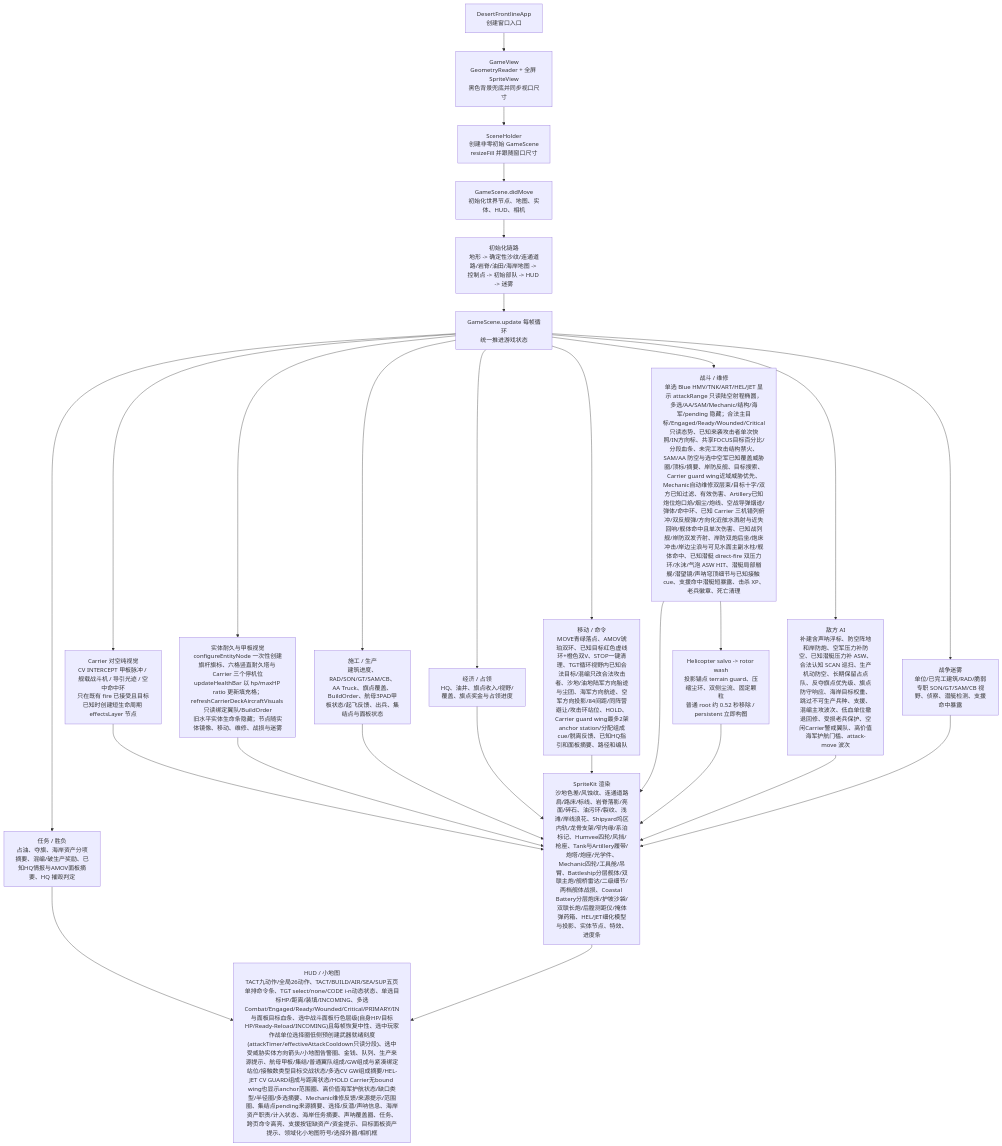
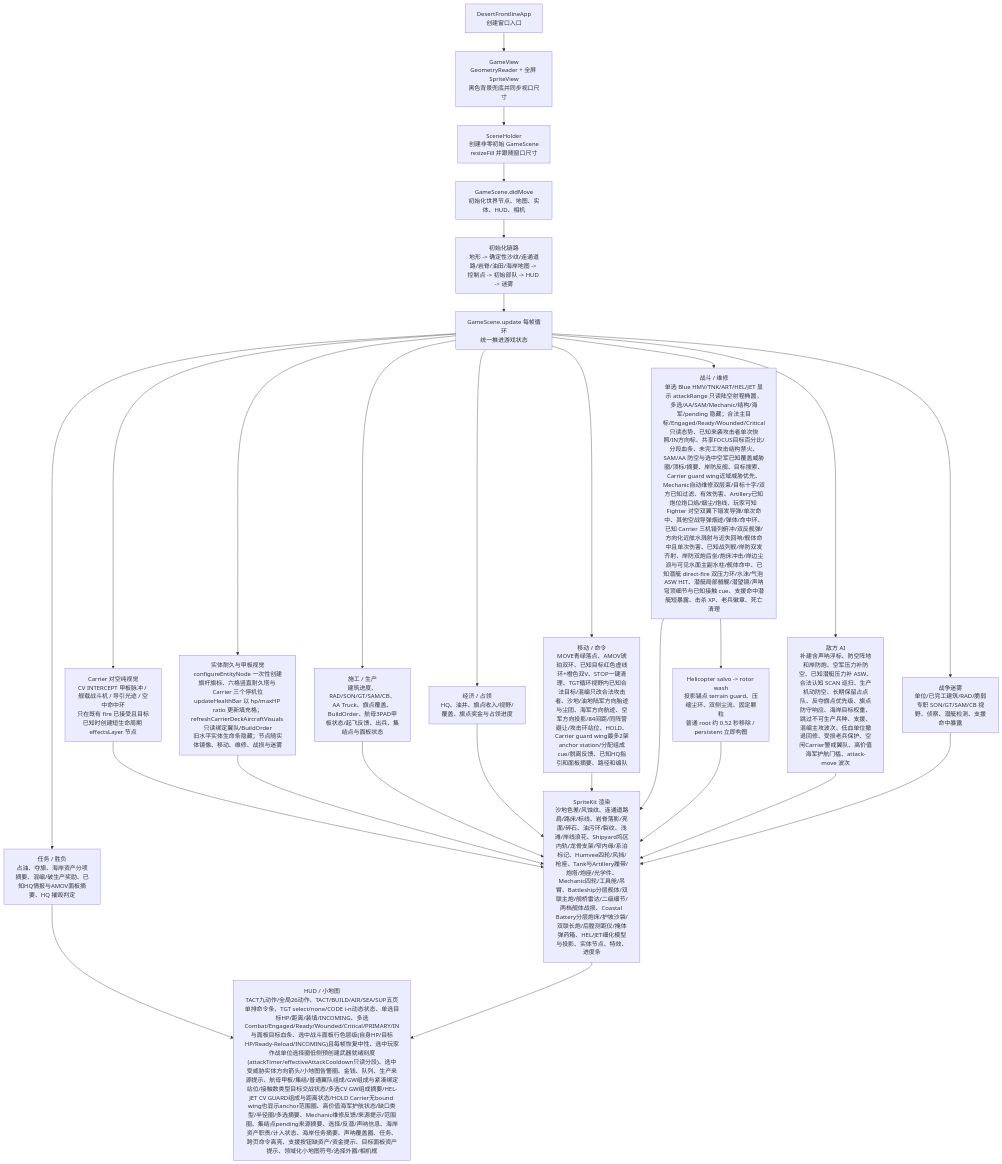
Before and after one commit to Altman-sam114/1145: the first of 3 diagrams in md/flow/flowchart.md, drawn with Mermaid. The commit also changed other lines of this file and 4 other files, not shown here.

````diff
--- a/md/flow/flowchart.md
+++ b/md/flow/flowchart.md
@@ -19,29 +21,29 @@
 ```mermaid
 flowchart TD
   App["DesertFrontlineApp\n创建窗口入口"] --> View["GameView\nGeometryReader + 全屏 SpriteView\n黑色背景兜底并同步视口尺寸"]
   View --> Holder["SceneHolder\n创建非零初始 GameScene\nresizeFill 并跟随窗口尺寸"]
   Holder --> Scene["GameScene.didMove\n初始化世界节点、地图、实体、HUD、相机"]
   Scene --> Init["初始化链路\n地形 -> 确定性沙纹/连通道路/岩脊/油田/海岸地图 -> 控制点 -> 初始部队 -> HUD -> 迷雾"]
   Init --> Loop["GameScene.update 每帧循环\n统一推进游戏状态"]
   Loop --> Build["施工 / 生产\n建筑进度、RAD/SON/GT/SAM/CB、AA Truck、旗点覆盖、BuildOrder、航母3PAD甲板状态/起飞反馈、出兵、集结点与面板状态"]
   Loop --> Economy["经济 / 占领\nHQ、油井、旗点收入/视野/覆盖、旗点奖金与占领进度"]
   Loop --> Commands["移动 / 命令\nMOVE青绿落点、AMOV琥珀双环、已知目标红色虚线环+橙色双V、STOP一键清理、TGT循环视野内已知合法目标/混编只改合法攻击者、沙地/油地陆军方向胎迹与尘团、海军方向航迹、空军方向投影/84间距/同阵营避让/攻击环站位、HOLD、Carrier guard wing最多2架anchor station/分配组成cue/脱离反馈、已知HQ指引和面板摘要、路径和编队"]
-  Loop --> Combat["战斗 / 维修\n单选 Blue HMV/TNK/ART/HEL/JET 显示 attackRange 只读陆空射程椭圆，多选/AA/SAM/Mechanic/结构/海军/pending 隐藏；合法主目标/Engaged/Ready/Wounded/Critical只读态势、已知来袭攻击者单次快照/IN方向标、共享FOCUS目标百分比/分段血条、未完工攻击结构禁火、SAM/AA 防空与选中空军已知覆盖威胁圈/顶标/摘要、岸防反舰、目标搜索、Carrier guard wing近域威胁优先、Mechanic自动维修双层束/目标十字/双方已知过滤、有效伤害、Artillery已知炮位炮口焰/烟尘/炮线、空战导弹烟迹/弹体/命中环、已知 Carrier 三机错列俯冲/双反舰弹/方向化近舷水溅射与近失回响/舰体命中且单次伤害、已知战列舰/岸防双发齐射、岸防双炮后坐/炮床冲击/岸边尘浪与可见水面主副水柱/舰体命中、已知潜艇 direct-fire 双压力环/水沫/气泡 ASW HIT、潜艇局部艏艉/潜望镜/声呐穹顶细节与已知接触 cue、支援命中潜艇短暴露、击杀 XP、老兵徽章、死亡清理"]
+  Loop --> Combat["战斗 / 维修\n单选 Blue HMV/TNK/ART/HEL/JET 显示 attackRange 只读陆空射程椭圆，多选/AA/SAM/Mechanic/结构/海军/pending 隐藏；合法主目标/Engaged/Ready/Wounded/Critical只读态势、已知来袭攻击者单次快照/IN方向标、共享FOCUS目标百分比/分段血条、未完工攻击结构禁火、SAM/AA 防空与选中空军已知覆盖威胁圈/顶标/摘要、岸防反舰、目标搜索、Carrier guard wing近域威胁优先、Mechanic自动维修双层束/目标十字/双方已知过滤、有效伤害、Artillery已知炮位炮口焰/烟尘/炮线、玩家可知 Fighter 对空双翼下错发导弹/单次命中、其他空战导弹烟迹/弹体/命中环、已知 Carrier 三机错列俯冲/双反舰弹/方向化近舷水溅射与近失回响/舰体命中且单次伤害、已知战列舰/岸防双发齐射、岸防双炮后坐/炮床冲击/岸边尘浪与可见水面主副水柱/舰体命中、已知潜艇 direct-fire 双压力环/水沫/气泡 ASW HIT、潜艇局部艏艉/潜望镜/声呐穹顶细节与已知接触 cue、支援命中潜艇短暴露、击杀 XP、老兵徽章、死亡清理"]
   Loop --> CarrierAirVisual["Carrier 对空纯视觉\nCV INTERCEPT 甲板脉冲 / 舰载战斗机 / 导引光迹 / 空中命中环\n只在既有 fire 已接受且目标已知时创建短生命周期 effectsLayer 节点"]
   CarrierAirVisual --> Render
   Loop --> HealthVisual["实体耐久与甲板视觉\nconfigureEntityNode 一次性创建旗杆旗标、六格竖直耐久塔与 Carrier 三个停机位\nupdateHealthBar 以 hp/maxHP ratio 更新填充格；refreshCarrierDeckAircraftVisuals 只读绑定翼队/BuildOrder\n旧水平实体生命条隐藏；节点随实体镜像、移动、维修、战损与迷雾"]
   HealthVisual --> Render
   Loop --> AI["敌方 AI\n补建含声呐浮标、防空阵地和岸防炮、空军压力补防空、已知潜艇压力补 ASW、合法认知 SCAN 巡扫、生产机动防空、长期保留占点队、反夺旗点优先级、旗点防守响应、海岸目标权重、跳过不可生产兵种、支援、混编主攻波次、低血单位撤退回修、受损老兵保护、空闲Carrier警戒翼队、高价值海军护航门槛、attack-move 波次"]
   Loop --> Fog["战争迷雾\n单位/已完工建筑/RAD/脆弱专职 SON/GT/SAM/CB 视野、侦察、潜艇检测、支援命中暴露"]
   Loop --> Mission["任务 / 胜负\n占油、夺旗、海岸资产分项摘要、混编/破生产奖励、已知HQ情报与AMOV面板摘要、HQ 摧毁判定"]
   Build --> Render["SpriteKit 渲染\n沙地色差/风蚀纹、连通道路肩/路床/标线、岩脊落影/亮面/碎石、油污环/裂纹、浅滩/岸线浪花、Shipyard坞区内轨/龙骨支架/窄内缘/系泊标记、Humvee四轮/风挡/枪座、Tank与Artillery履带/炮塔/炮座/光学件、Mechanic四轮/工具舱/吊臂、Battleship分层舰体/双联主炮/舰桥雷达/二级细节/两档舰体战损、Coastal Battery分层炮床/护坡沙袋/双联长炮/后膛测距仪/掩体弹药箱、HEL/JET细化模型与投影、实体节点、特效、进度条"]
   Economy --> Render
   Commands --> Render
   Combat --> Render
   Combat --> RotorWash["Helicopter salvo -> rotor wash\n投影锚点 terrain guard、压缩尘环、双侧尘流、固定颗粒\n普通 root 约 0.52 秒移除 / persistent 立即构图"]
   RotorWash --> Render
   AI --> Render
   Fog --> Render
   Mission --> HUD["HUD / 小地图\nTACT九动作/全局26动作、TACT/BUILD/AIR/SEA/SUP五页单排命令条、TGT select/none/CODE i-n动态状态、单选目标HP/距离/装填/INCOMING、多选Combat/Engaged/Ready/Wounded/Critical/PRIMARY/IN与面板目标血条、选中战斗面板行色层级(自身HP/目标HP/Ready-Reload/INCOMING)且每帧恢复中性、选中玩家作战单位选择圈低侧预创建武器就绪刻度(attackTimer/effectiveAttackCooldown只读分段)、选中受威胁实体方向箭头/小地图告警圈、金钱、队列、生产来源提示、航母甲板/集结/普通翼队组成/GW组成与紧凑绑定站位/接触数类型目标交战状态/多选CV GW组成摘要/HEL-JET CV GUARD组成与距离状态/HOLD Carrier无bound wing也显示anchor范围圈、高价值海军护航状态/缺口类型/半径圈/多选摘要、Mechanic维修反馈/来源提示/范围圈、集结点pending来源摘要、选择/反潜/声呐信息、海岸资产职责/计入状态、海岸任务摘要、声呐覆盖圈、任务、跨页命令高亮、支援按钮缺资产/资金提示、目标面板资产提示、领域化小地图符号/选择外圈/相机框"]
   Render --> HUD
 ```
````
